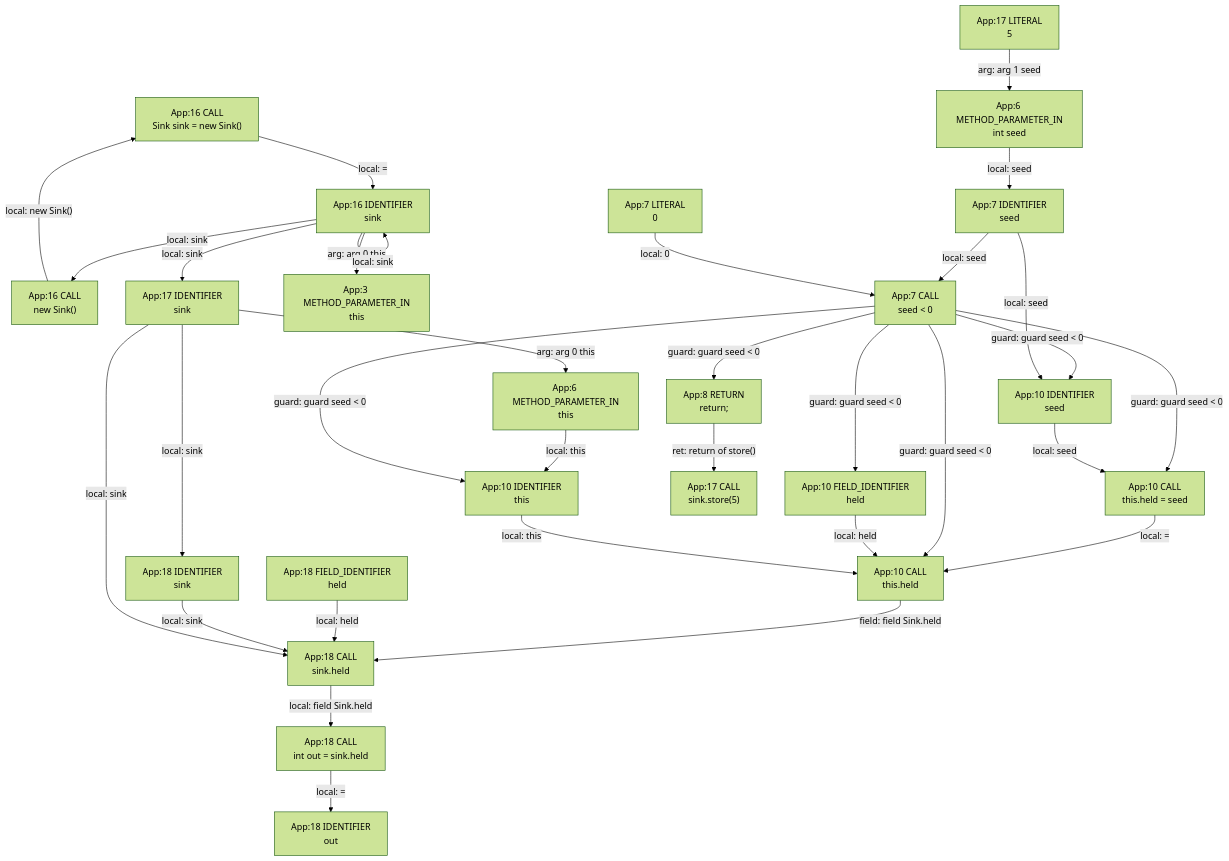
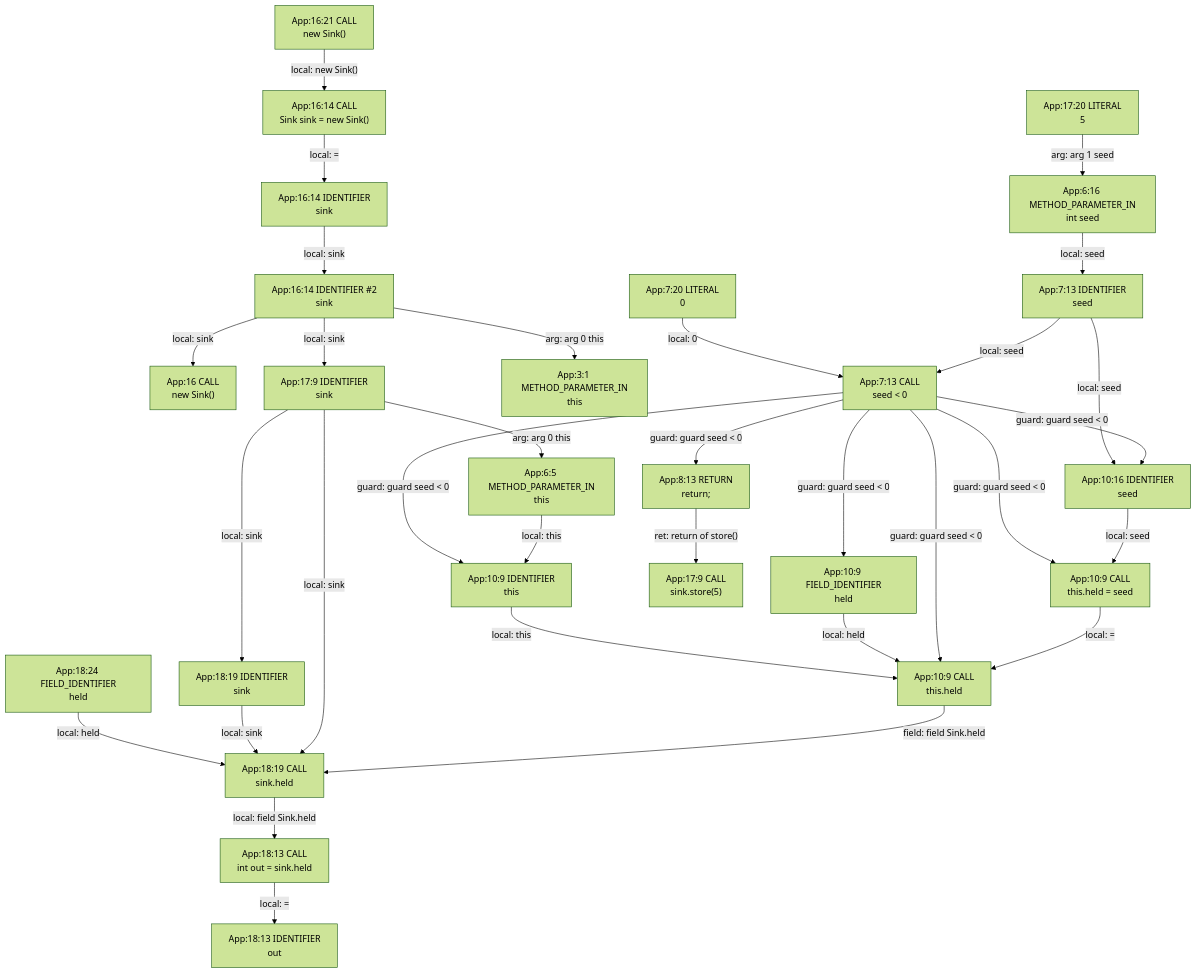
Before and after one commit to gstiebler/codeflow: the diagram in app/src/test/resources/voidReturn/spike-truth.md, drawn with Mermaid (forest theme). The commit also changed 154 other files, not shown here.

````diff
--- a/app/src/test/resources/voidReturn/spike-truth.md
+++ b/app/src/test/resources/voidReturn/spike-truth.md
@@ -3,57 +3,59 @@
 ```mermaid
 flowchart TD
-  n0["App:10 CALL<br/>this.held"]
-  n1["App:10 CALL<br/>this.held = seed"]
-  n2["App:10 FIELD_IDENTIFIER<br/>held"]
-  n3["App:10 IDENTIFIER<br/>seed"]
-  n4["App:10 IDENTIFIER<br/>this"]
-  n5["App:16 CALL<br/>Sink sink = new Sink()"]
-  n6["App:16 CALL<br/>new Sink()"]
-  n7["App:16 IDENTIFIER<br/>sink"]
-  n8["App:17 CALL<br/>sink.store(5)"]
-  n9["App:17 IDENTIFIER<br/>sink"]
-  n10["App:17 LITERAL<br/>5"]
-  n11["App:18 CALL<br/>int out = sink.held"]
-  n12["App:18 CALL<br/>sink.held"]
-  n13["App:18 FIELD_IDENTIFIER<br/>held"]
-  n14["App:18 IDENTIFIER<br/>out"]
-  n15["App:18 IDENTIFIER<br/>sink"]
-  n16["App:3 METHOD_PARAMETER_IN<br/>this"]
-  n17["App:6 METHOD_PARAMETER_IN<br/>int seed"]
-  n18["App:6 METHOD_PARAMETER_IN<br/>this"]
-  n19["App:7 CALL<br/>seed #lt; 0"]
-  n20["App:7 IDENTIFIER<br/>seed"]
-  n21["App:7 LITERAL<br/>0"]
-  n22["App:8 RETURN<br/>return;"]
-  n0 -->|"field: field Sink.held"| n12
-  n1 -->|"local: ="| n0
-  n10 -->|"arg: arg 1 seed"| n17
-  n11 -->|"local: ="| n14
-  n12 -->|"local: field Sink.held"| n11
-  n13 -->|"local: held"| n12
-  n15 -->|"local: sink"| n12
-  n17 -->|"local: seed"| n20
-  n18 -->|"local: this"| n4
-  n19 -->|"guard: guard seed #lt; 0"| n0
-  n19 -->|"guard: guard seed #lt; 0"| n1
-  n19 -->|"guard: guard seed #lt; 0"| n2
-  n19 -->|"guard: guard seed #lt; 0"| n22
-  n19 -->|"guard: guard seed #lt; 0"| n3
-  n19 -->|"guard: guard seed #lt; 0"| n4
-  n2 -->|"local: held"| n0
-  n20 -->|"local: seed"| n19
-  n20 -->|"local: seed"| n3
-  n21 -->|"local: 0"| n19
-  n22 -->|"ret: return of store()"| n8
-  n3 -->|"local: seed"| n1
-  n4 -->|"local: this"| n0
-  n5 -->|"local: ="| n7
-  n6 -->|"local: new Sink()"| n5
-  n7 -->|"arg: arg 0 this"| n16
-  n7 -->|"local: sink"| n6
-  n7 -->|"local: sink"| n7
-  n7 -->|"local: sink"| n9
-  n9 -->|"arg: arg 0 this"| n18
-  n9 -->|"local: sink"| n12
-  n9 -->|"local: sink"| n15
+  n0["App:10:16 IDENTIFIER<br/>seed"]
+  n1["App:10:9 CALL<br/>this.held"]
+  n2["App:10:9 CALL<br/>this.held = seed"]
+  n3["App:10:9 FIELD_IDENTIFIER<br/>held"]
+  n4["App:10:9 IDENTIFIER<br/>this"]
+  n5["App:16 CALL<br/>new Sink()"]
+  n6["App:16:14 CALL<br/>Sink sink = new Sink()"]
+  n7["App:16:14 IDENTIFIER #2<br/>sink"]
+  n8["App:16:14 IDENTIFIER<br/>sink"]
+  n9["App:16:21 CALL<br/>new Sink()"]
+  n10["App:17:20 LITERAL<br/>5"]
+  n11["App:17:9 CALL<br/>sink.store(5)"]
+  n12["App:17:9 IDENTIFIER<br/>sink"]
+  n13["App:18:13 CALL<br/>int out = sink.held"]
+  n14["App:18:13 IDENTIFIER<br/>out"]
+  n15["App:18:19 CALL<br/>sink.held"]
+  n16["App:18:19 IDENTIFIER<br/>sink"]
+  n17["App:18:24 FIELD_IDENTIFIER<br/>held"]
+  n18["App:3:1 METHOD_PARAMETER_IN<br/>this"]
+  n19["App:6:16 METHOD_PARAMETER_IN<br/>int seed"]
+  n20["App:6:5 METHOD_PARAMETER_IN<br/>this"]
+  n21["App:7:13 CALL<br/>seed #lt; 0"]
+  n22["App:7:13 IDENTIFIER<br/>seed"]
+  n23["App:7:20 LITERAL<br/>0"]
+  n24["App:8:13 RETURN<br/>return;"]
+  n0 -->|"local: seed"| n2
+  n1 -->|"field: field Sink.held"| n15
+  n10 -->|"arg: arg 1 seed"| n19
+  n12 -->|"arg: arg 0 this"| n20
+  n12 -->|"local: sink"| n15
+  n12 -->|"local: sink"| n16
+  n13 -->|"local: ="| n14
+  n15 -->|"local: field Sink.held"| n13
+  n16 -->|"local: sink"| n15
+  n17 -->|"local: held"| n15
+  n19 -->|"local: seed"| n22
+  n2 -->|"local: ="| n1
+  n20 -->|"local: this"| n4
+  n21 -->|"guard: guard seed #lt; 0"| n0
+  n21 -->|"guard: guard seed #lt; 0"| n1
+  n21 -->|"guard: guard seed #lt; 0"| n2
+  n21 -->|"guard: guard seed #lt; 0"| n24
+  n21 -->|"guard: guard seed #lt; 0"| n3
+  n21 -->|"guard: guard seed #lt; 0"| n4
+  n22 -->|"local: seed"| n0
+  n22 -->|"local: seed"| n21
+  n23 -->|"local: 0"| n21
+  n24 -->|"ret: return of store()"| n11
+  n3 -->|"local: held"| n1
+  n4 -->|"local: this"| n1
+  n6 -->|"local: ="| n8
+  n7 -->|"arg: arg 0 this"| n18
+  n7 -->|"local: sink"| n12
+  n7 -->|"local: sink"| n5
+  n8 -->|"local: sink"| n7
+  n9 -->|"local: new Sink()"| n6
 ```
````
